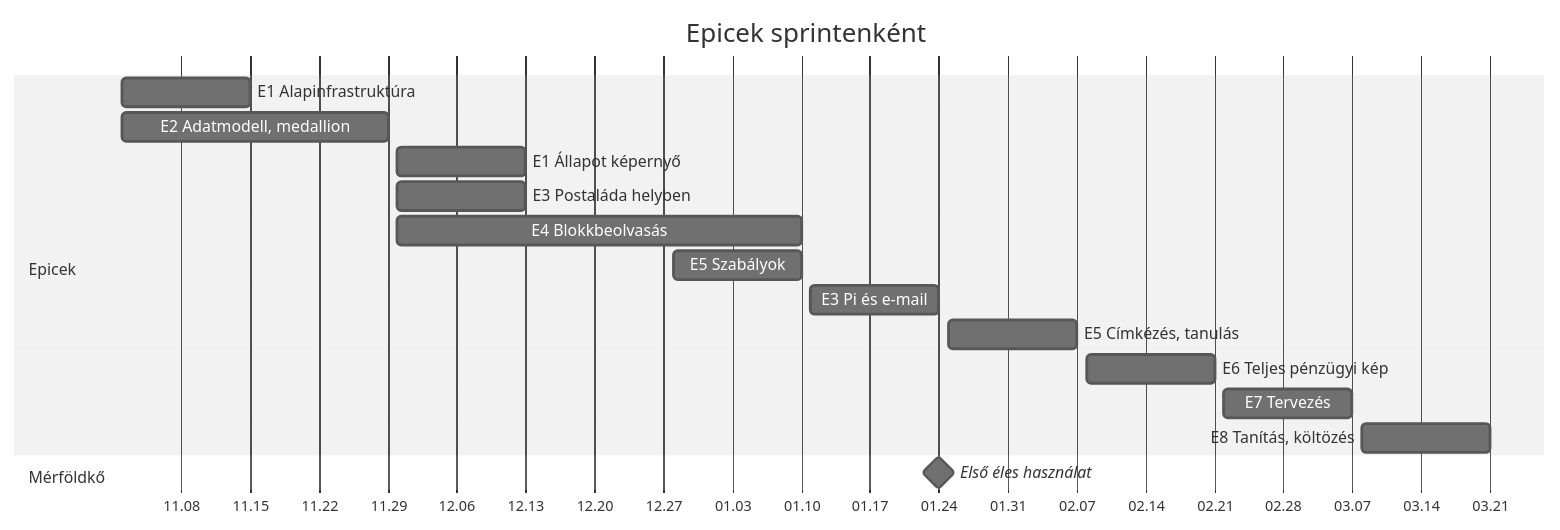
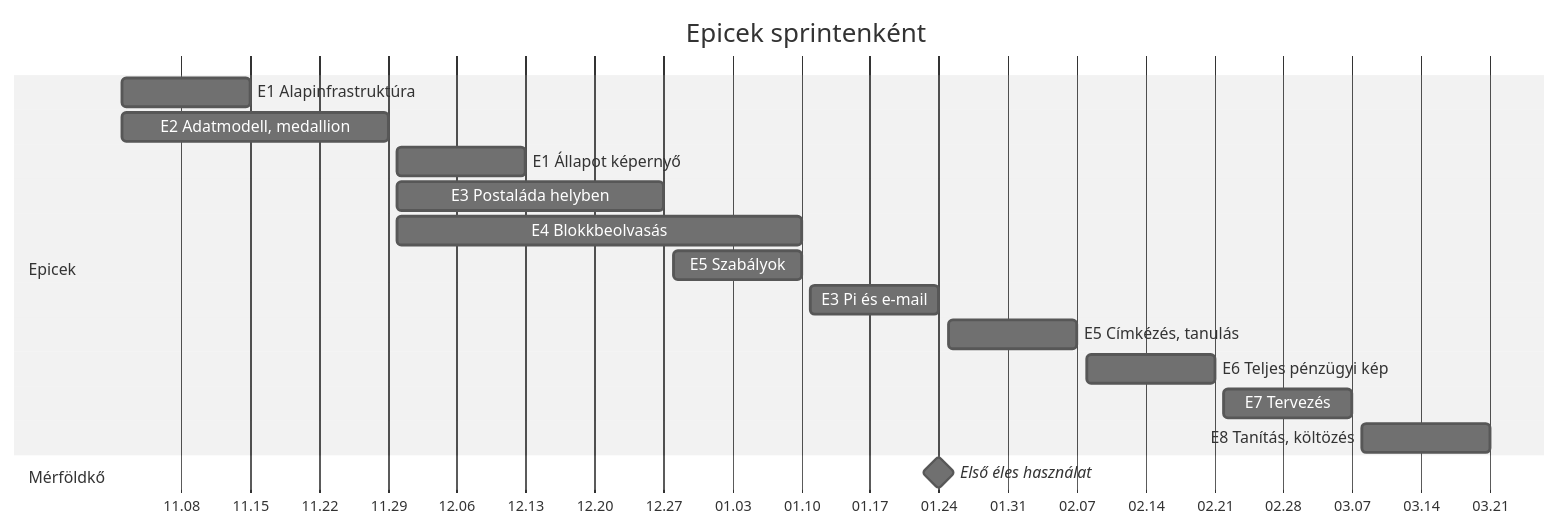
One commit to Pokol-olvr/finance-tracker changed the diagram in docs/Fejlesztési terv.md. Above: the diagram before and after it, drawn with Mermaid (neutral theme). The commit also changed other lines of this file and 4 other files, not shown here.

````diff
--- a/docs/Fejlesztési terv.md
+++ b/docs/Fejlesztési terv.md
@@ -32,20 +32,20 @@
 ```mermaid
 gantt
   title Epicek sprintenként
   dateFormat YYYY-MM-DD
   axisFormat %m.%d
   section Epicek
   E1 Alapinfrastruktúra        :e1, 2026-11-02, 2026-11-15
   E2 Adatmodell, medallion     :e2, 2026-11-02, 2026-11-29
   E1 Állapot képernyő          :e1b, 2026-11-30, 2026-12-13
-  E3 Postaláda helyben          :e3a, 2026-11-30, 2026-12-13
+  E3 Postaláda helyben          :e3a, 2026-11-30, 2026-12-27
   E4 Blokkbeolvasás            :e4, 2026-11-30, 2027-01-10
   E5 Szabályok                 :e5a, 2026-12-28, 2027-01-10
   E3 Pi és e-mail              :e3b, 2027-01-11, 2027-01-24
   E5 Címkézés, tanulás         :e5b, 2027-01-25, 2027-02-07
   E6 Teljes pénzügyi kép       :e6, 2027-02-08, 2027-02-21
   E7 Tervezés                  :e7, 2027-02-22, 2027-03-07
   E8 Tanítás, költözés         :e8, 2027-03-08, 2027-03-21
   section Mérföldkő
   Első éles használat          :milestone, m1, 2027-01-24, 0d
 ```
````
